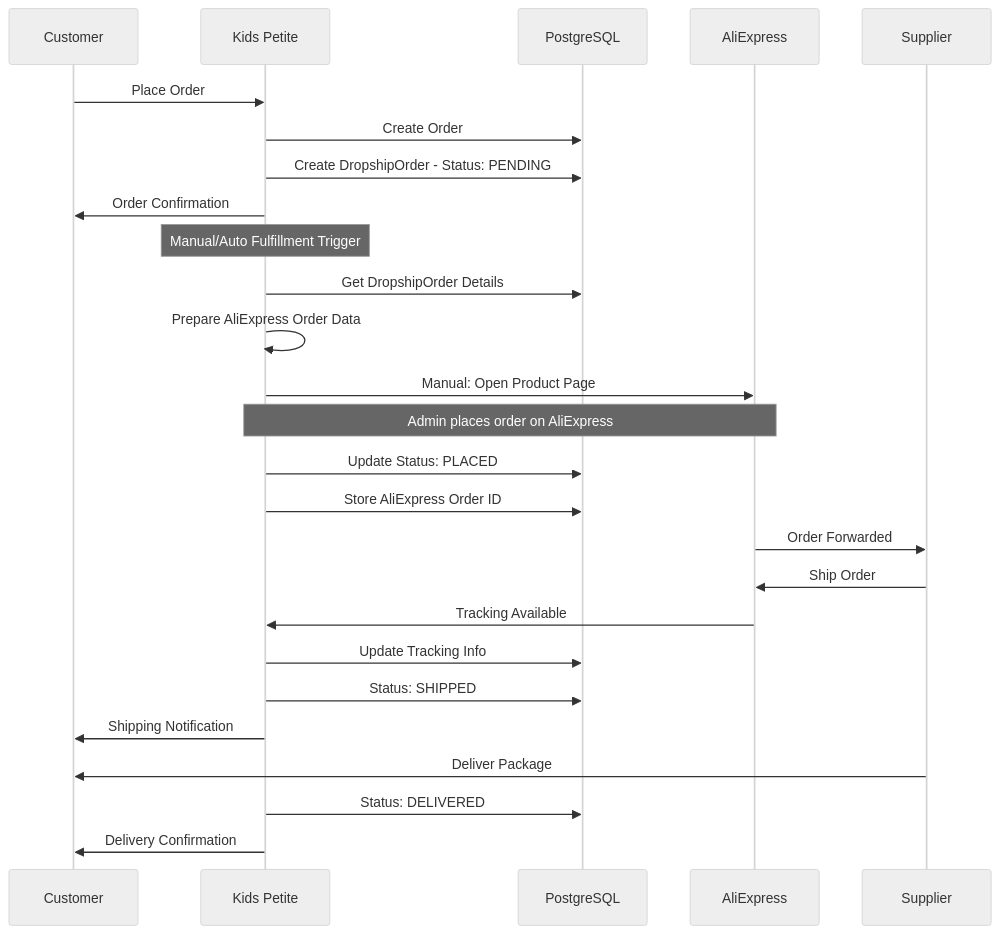
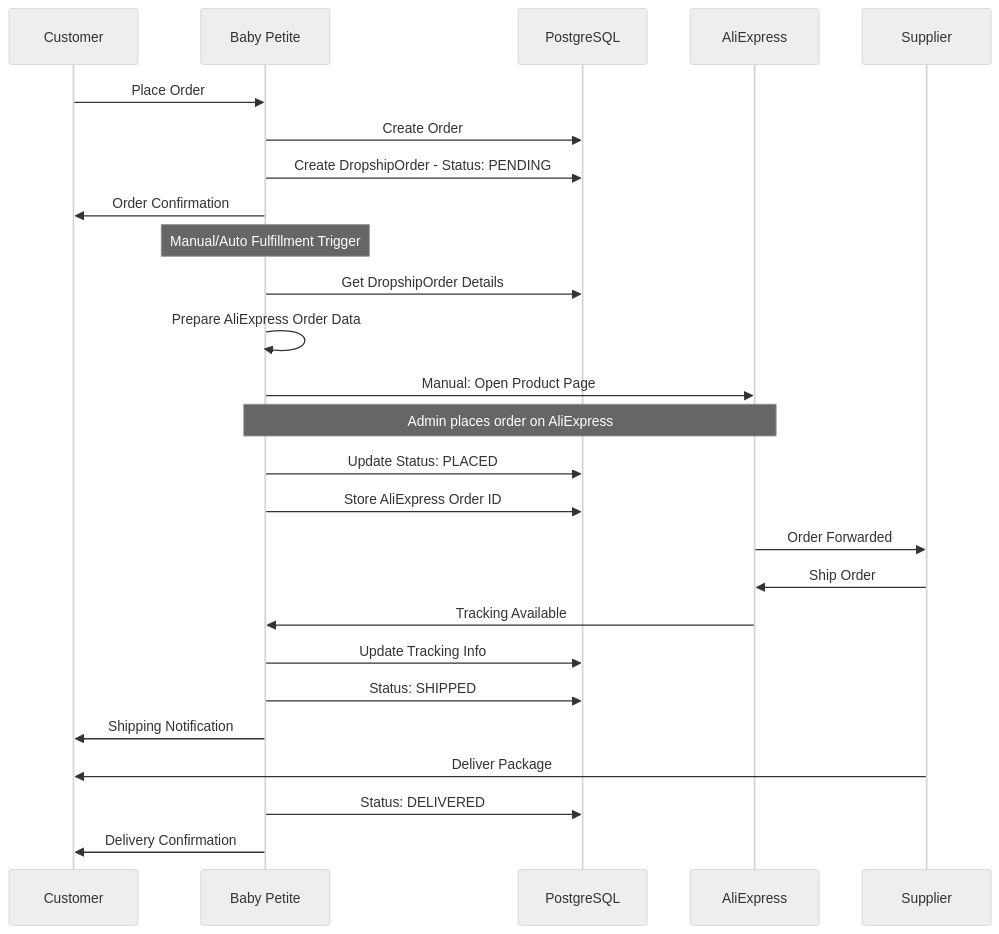
One commit to frostyfoxies-dot/baby-petite-clean changed the fourth of 6 diagrams in plans/aliexpress-integration-v2.2.md. Above: the diagram before and after it, drawn with Mermaid (neutral theme). The commit also changed other lines of this file and 119 other files, not shown here.

First line of the commit message:
feat: rename project to Baby Petite and update domain to babypetite.com

````diff
--- a/plans/aliexpress-integration-v2.2.md
+++ b/plans/aliexpress-integration-v2.2.md
@@ -601,33 +601,33 @@
 ```mermaid
 sequenceDiagram
     participant C as Customer
-    participant KP as Kids Petite
+    participant KP as Baby Petite
     participant DB as PostgreSQL
     participant AE as AliExpress
     participant S as Supplier
     
     C->>KP: Place Order
     KP->>DB: Create Order
     KP->>DB: Create DropshipOrder - Status: PENDING
     KP->>C: Order Confirmation
     
     Note over KP: Manual/Auto Fulfillment Trigger
     
     KP->>DB: Get DropshipOrder Details
     KP->>KP: Prepare AliExpress Order Data
     KP->>AE: Manual: Open Product Page
     Note over KP,AE: Admin places order on AliExpress
     KP->>DB: Update Status: PLACED
     KP->>DB: Store AliExpress Order ID
     
     AE->>S: Order Forwarded
     S->>AE: Ship Order
     AE->>KP: Tracking Available
     KP->>DB: Update Tracking Info
     KP->>DB: Status: SHIPPED
     KP->>C: Shipping Notification
     
     S->>C: Deliver Package
     KP->>DB: Status: DELIVERED
     KP->>C: Delivery Confirmation
 ```
````
